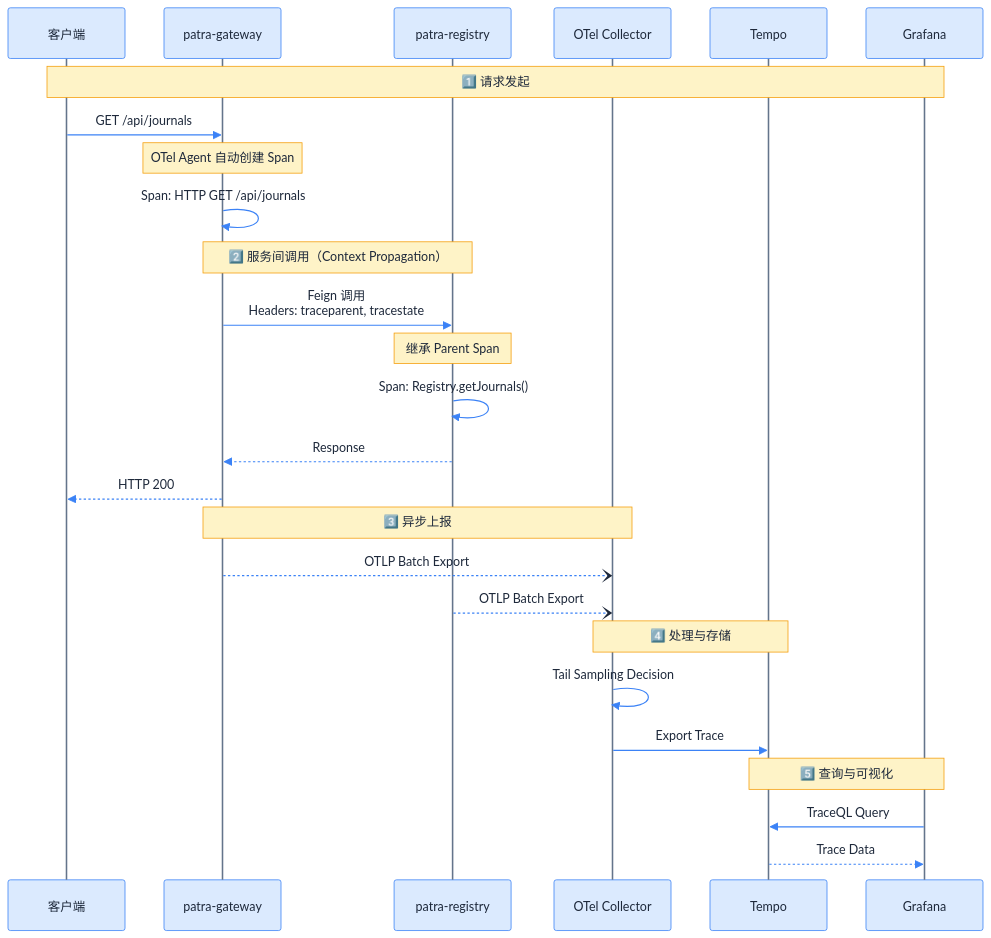
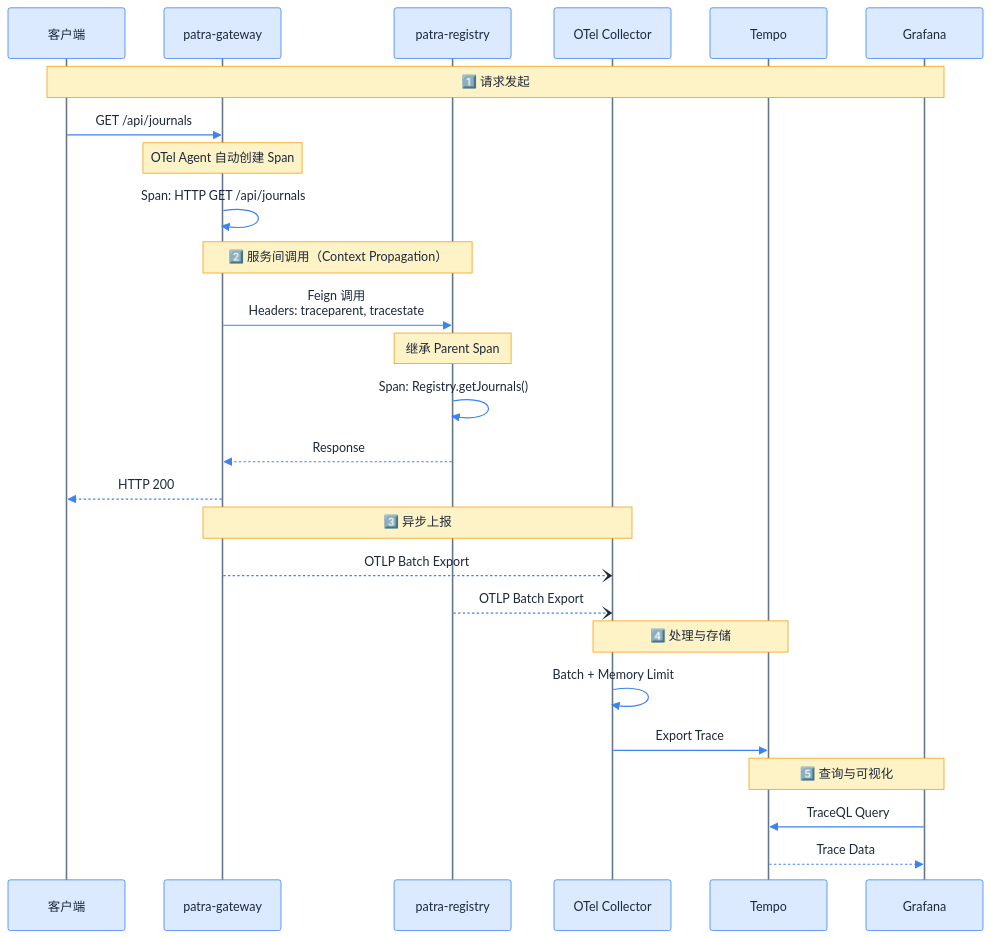
The third of 6 diagrams in patra-api/docs/designs/observability/02-architecture.md (linqibin0826/patra), drawn with Mermaid before and after one commit. The commit also changed other lines of this file and 8 other files, not shown here.

````diff
--- a/patra-api/docs/designs/observability/02-architecture.md
+++ b/patra-api/docs/designs/observability/02-architecture.md
@@ -185,51 +183,51 @@
 ```mermaid
 %%{init: {
   'theme': 'base',
   'themeVariables': {
     'primaryColor': '#dbeafe',
     'primaryTextColor': '#1e293b',
     'primaryBorderColor': '#3b82f6',
     'lineColor': '#64748b',
     'actorLineColor': '#64748b',
     'signalColor': '#3b82f6',
     'signalTextColor': '#1e293b',
     'noteBkgColor': '#fef3c7',
     'noteTextColor': '#1e293b',
     'noteBorderColor': '#f59e0b'
   }
 }}%%
 sequenceDiagram
     participant Client as 客户端
     participant Gateway as patra-gateway
     participant Registry as patra-registry
     participant Collector as OTel Collector
     participant Tempo as Tempo
     participant Grafana as Grafana
 
     Note over Client,Grafana: 1️⃣ 请求发起
     Client->>Gateway: GET /api/journals
 
     Note over Gateway: OTel Agent 自动创建 Span
     Gateway->>Gateway: Span: HTTP GET /api/journals
 
     Note over Gateway,Registry: 2️⃣ 服务间调用（Context Propagation）
     Gateway->>Registry: Feign 调用<br/>Headers: traceparent, tracestate
 
     Note over Registry: 继承 Parent Span
     Registry->>Registry: Span: Registry.getJournals()
     Registry-->>Gateway: Response
 
     Gateway-->>Client: HTTP 200
 
     Note over Gateway,Collector: 3️⃣ 异步上报
     Gateway--)Collector: OTLP Batch Export
     Registry--)Collector: OTLP Batch Export
 
     Note over Collector,Tempo: 4️⃣ 处理与存储
-    Collector->>Collector: Tail Sampling Decision
+    Collector->>Collector: Batch + Memory Limit
     Collector->>Tempo: Export Trace
 
     Note over Tempo,Grafana: 5️⃣ 查询与可视化
     Grafana->>Tempo: TraceQL Query
     Tempo-->>Grafana: Trace Data
 ```
````
